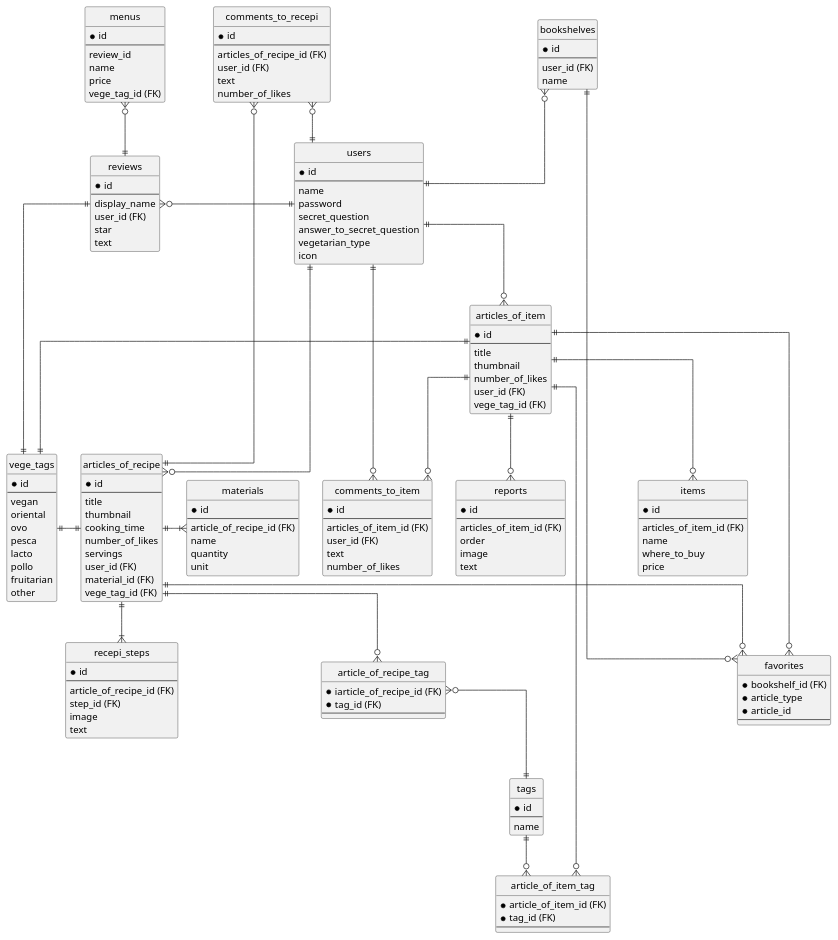
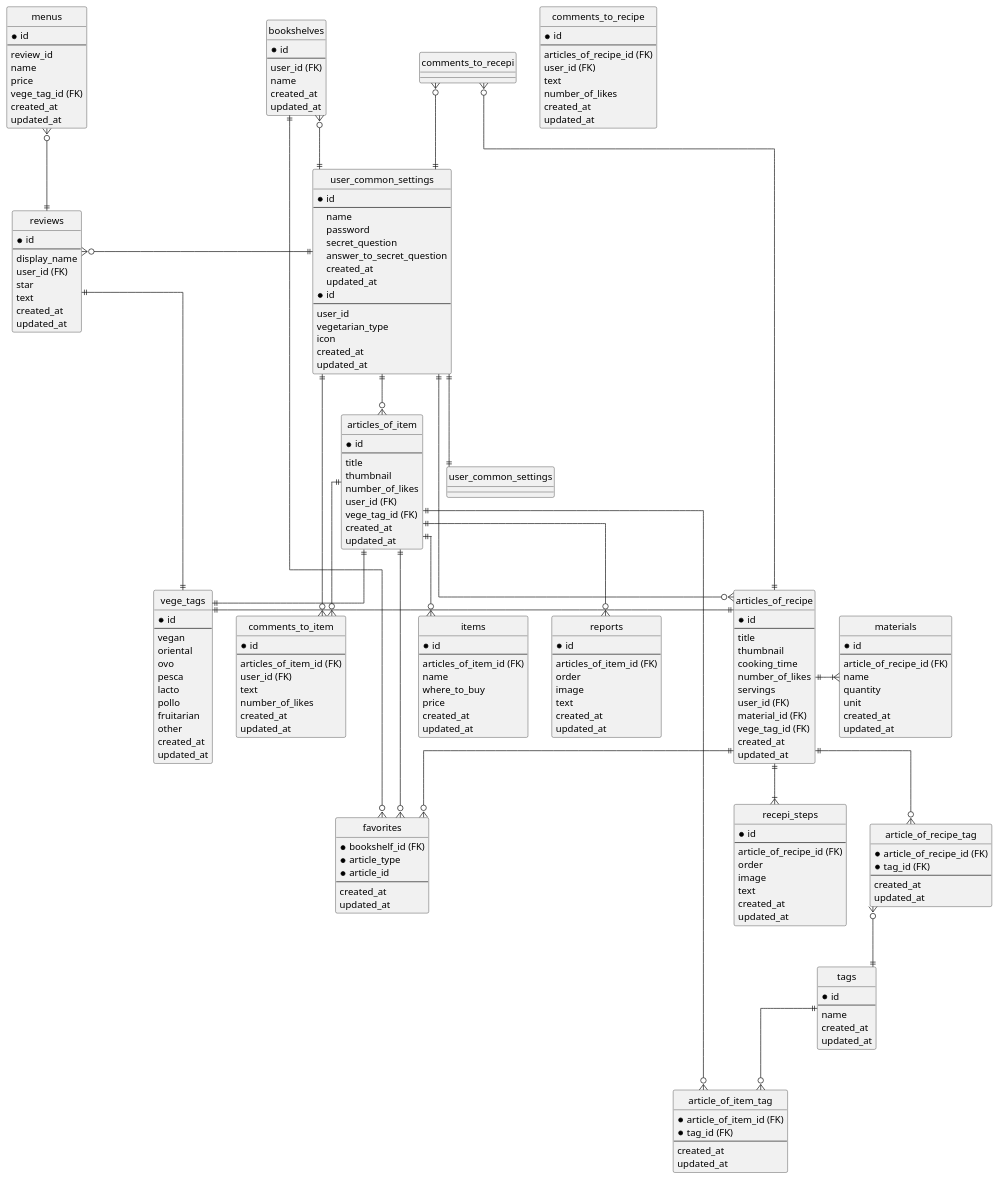
Before and after one commit to SayuriOkuyama/Original: the diagram in documents/er.pu, drawn with PlantUML. The commit also changed 1 other file, not shown here.

```diff
--- a/documents/er.pu
+++ b/documents/er.pu
@@ -13,10 +13,19 @@
   password
   secret_question
   answer_to_secret_question
+  created_at
+  updated_at
+}
+
+entity "user_common_settings" as users {
+  *id
+  --
+  user_id
   vegetarian_type
   icon
+  created_at
+  updated_at
 }
-
 
 entity "articles_of_recipe" as articles_of_recipe {
   *id
@@ -29,16 +38,19 @@
   user_id (FK)
   material_id (FK)
   vege_tag_id (FK)
+  created_at
+  updated_at
 }
-
 
 entity "recepi_steps" as recepi_steps {
   *id
   --
   article_of_recipe_id (FK)
-  step_id (FK)
+  order
   image
   text
+  created_at
+  updated_at
 }
 
 entity "materials" as materials {
@@ -48,6 +60,8 @@
   name
   quantity
   unit
+  created_at
+  updated_at
 }
 
 entity "articles_of_item" as articles_of_item {
@@ -58,6 +72,8 @@
   number_of_likes
   user_id (FK)
   vege_tag_id (FK)
+  created_at
+  updated_at
 }
 
 entity "items" as items {
@@ -67,6 +83,8 @@
   name
   where_to_buy
   price
+  created_at
+  updated_at
 }
 
 entity "reports" as reports {
@@ -76,15 +94,19 @@
   order
   image
   text
+  created_at
+  updated_at
 }
 
-entity "comments_to_recepi" as comments_to_recepi {
+entity "comments_to_recipe" as comments_to_recipe {
   *id
   --
   articles_of_recipe_id (FK)
   user_id (FK)
   text
   number_of_likes
+  created_at
+  updated_at
 }
 
 entity "comments_to_item" as comments_to_item {
@@ -94,24 +116,32 @@
   user_id (FK)
   text
   number_of_likes
+  created_at
+  updated_at
 }
 
 entity "tags" as tags {
   *id
   --
   name
+  created_at
+  updated_at
 }
 
 entity "article_of_recipe_tag" as article_of_recipe_tag {
-  *iarticle_of_recipe_id (FK)
+  *article_of_recipe_id (FK)
   *tag_id (FK)
   --
+  created_at
+  updated_at
 }
 
 entity "article_of_item_tag" as article_of_item_tag {
   *article_of_item_id (FK)
   *tag_id (FK)
   --
+  created_at
+  updated_at
 }
 
 entity "vege_tags" as vege_tags {
@@ -125,6 +155,8 @@
   pollo
   fruitarian
   other
+  created_at
+  updated_at
 }
 
 entity "reviews" as reviews {
@@ -134,6 +166,8 @@
   user_id (FK)
   star
   text
+  created_at
+  updated_at
 }
 
 entity "menus" as menus {
@@ -143,6 +177,8 @@
   name
   price
   vege_tag_id (FK)
+  created_at
+  updated_at
 }
 
 entity "bookshelves" as bookshelves {
@@ -150,6 +186,8 @@
   --
   user_id (FK)
   name
+  created_at
+  updated_at
 }
 
 entity "favorites" as favorites {
@@ -157,9 +195,12 @@
   *article_type
   *article_id
   --
+  created_at
+  updated_at
 }
 
-users ||--o{articles_of_recipe
+users ||--o{ articles_of_recipe
+users ||--|| user_common_settings
 articles_of_recipe ||--|{ recepi_steps
 articles_of_recipe ||-r-|{ materials
 articles_of_recipe ||-d-o{ article_of_recipe_tag
```
